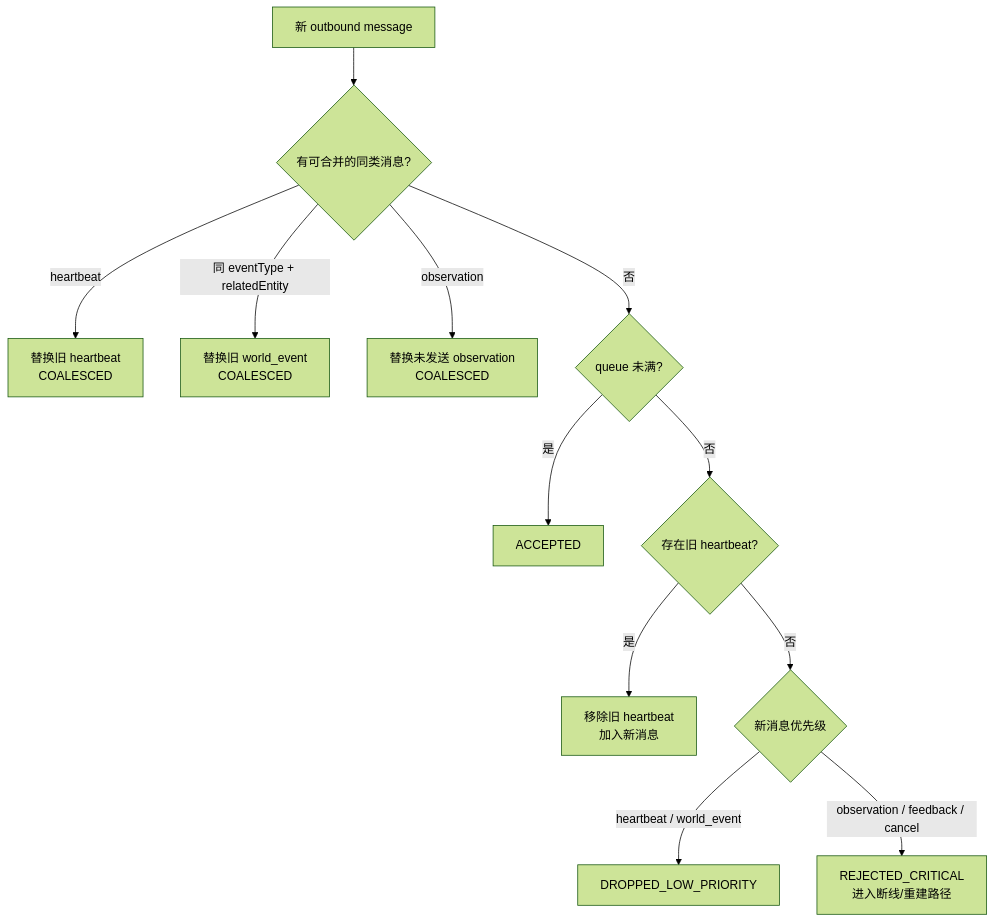
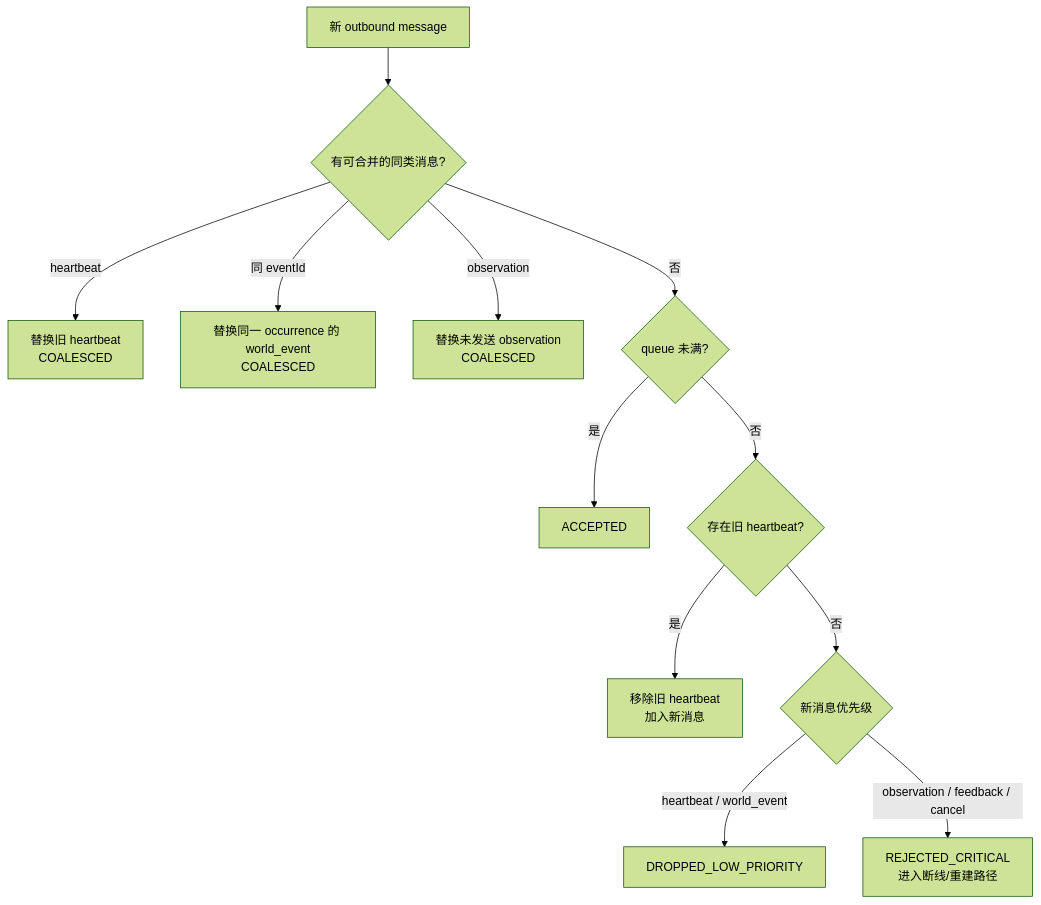
One commit to ericdonno/cs61b-std changed the tenth of 12 diagrams in proj2/session.md. Above: the diagram before and after it, drawn with Mermaid (forest theme). The commit also changed other lines of this file and 171 other files, not shown here.

````diff
--- a/proj2/session.md
+++ b/proj2/session.md
@@ -664,14 +664,14 @@
 ```mermaid
 flowchart TD
     MSG["新 outbound message"] --> SAME{"有可合并的同类消息?"}
     SAME -->|heartbeat| REPLACEH["替换旧 heartbeat<br/>COALESCED"]
-    SAME -->|同 eventType + relatedEntity| REPLACEE["替换旧 world_event<br/>COALESCED"]
+    SAME -->|同 eventId| REPLACEE["替换同一 occurrence 的 world_event<br/>COALESCED"]
     SAME -->|observation| REPLACEO["替换未发送 observation<br/>COALESCED"]
     SAME -->|否| SPACE{"queue 未满?"}
     SPACE -->|是| ACCEPT["ACCEPTED"]
     SPACE -->|否| HEART{"存在旧 heartbeat?"}
     HEART -->|是| EVICT["移除旧 heartbeat<br/>加入新消息"]
     HEART -->|否| PRIORITY{"新消息优先级"}
     PRIORITY -->|heartbeat / world_event| DROP["DROPPED_LOW_PRIORITY"]
     PRIORITY -->|observation / feedback / cancel| REJECT["REJECTED_CRITICAL<br/>进入断线/重建路径"]
 ```
````
